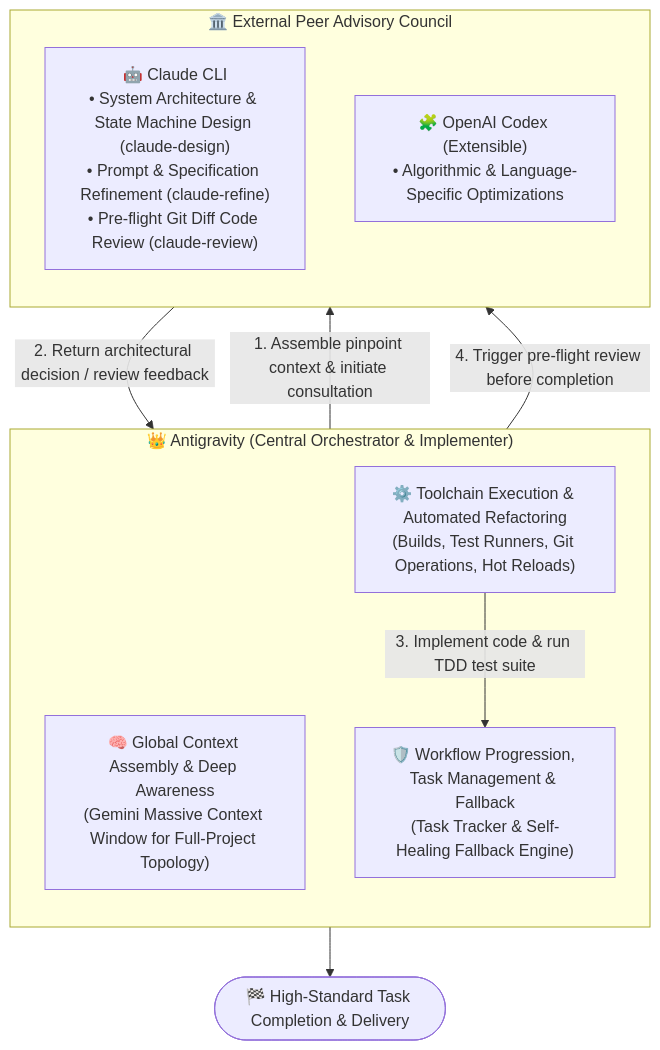
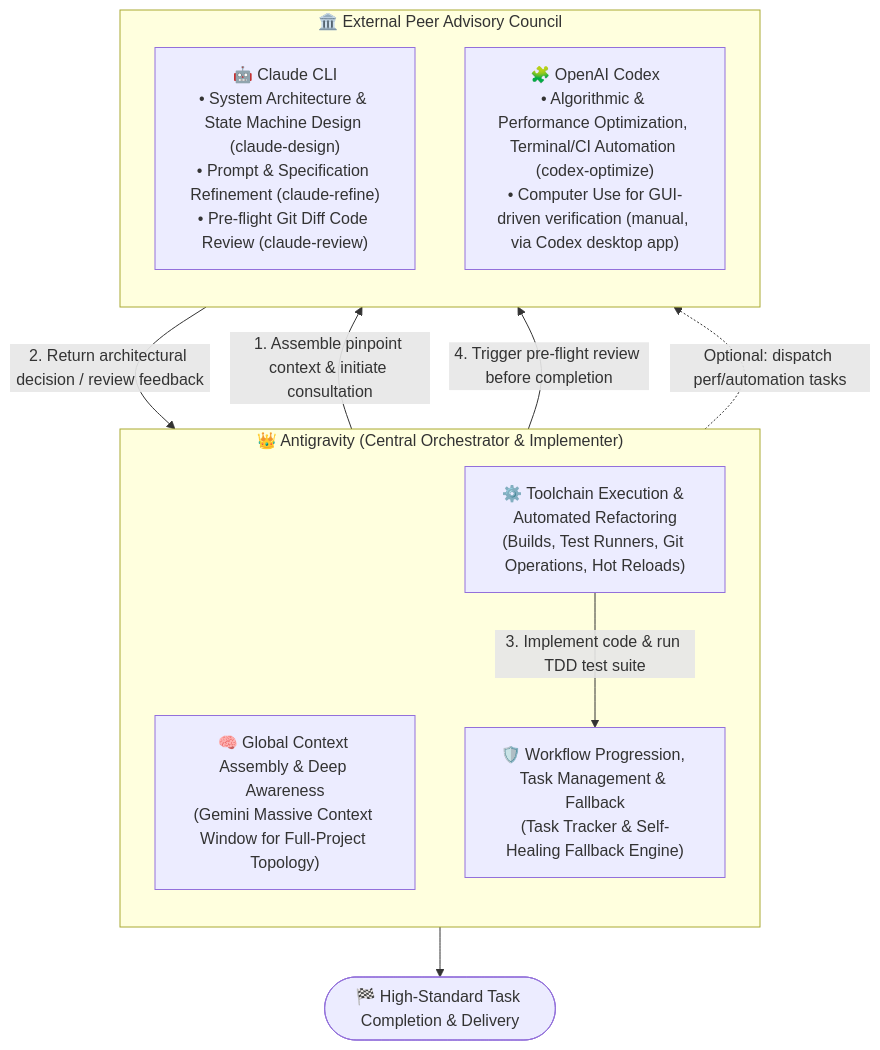
Before and after one commit to gogog22510/agent-collaborator: the first of 2 diagrams in README.md, drawn with Mermaid. The commit also changed other lines of this file and 8 other files, not shown here.

````diff
--- a/README.md
+++ b/README.md
@@ -20,21 +20,22 @@
 ```mermaid
 flowchart TD
     subgraph Orchestrator["👑 Antigravity (Central Orchestrator & Implementer)"]
         direction TB
         Awareness["🧠 Global Context Assembly & Deep Awareness<br/>(Gemini Massive Context Window for Full-Project Topology)"]
         Engine["⚙️ Toolchain Execution & Automated Refactoring<br/>(Builds, Test Runners, Git Operations, Hot Reloads)"]
         Supervisor["🛡️ Workflow Progression, Task Management & Fallback<br/>(Task Tracker & Self-Healing Fallback Engine)"]
     end
 
     subgraph PeerCouncil["🏛️ External Peer Advisory Council"]
         direction TB
         Claude["🤖 Claude CLI<br/>• System Architecture & State Machine Design (claude-design)<br/>• Prompt & Specification Refinement (claude-refine)<br/>• Pre-flight Git Diff Code Review (claude-review)"]
-        Codex["🧩 OpenAI Codex (Extensible)<br/>• Algorithmic & Language-Specific Optimizations"]
+        Codex["🧩 OpenAI Codex<br/>• Algorithmic & Performance Optimization, Terminal/CI Automation (codex-optimize)<br/>• Computer Use for GUI-driven verification (manual, via Codex desktop app)"]
     end
 
     Awareness -->|1. Assemble pinpoint context & initiate consultation| Claude
     Claude -->|2. Return architectural decision / review feedback| Engine
     Engine -->|3. Implement code & run TDD test suite| Supervisor
     Supervisor -->|4. Trigger pre-flight review before completion| Claude
+    Supervisor -.->|Optional: dispatch perf/automation tasks| Codex
     Supervisor --> Done(["🏁 High-Standard Task Completion & Delivery"])
 ```
````
